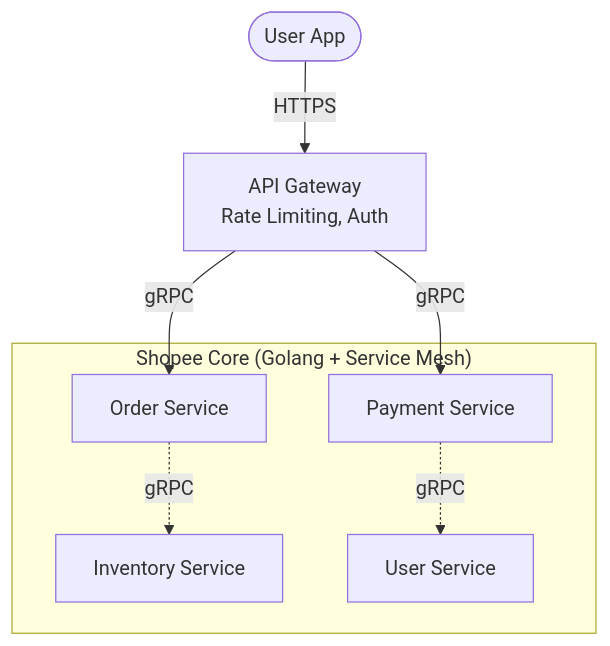
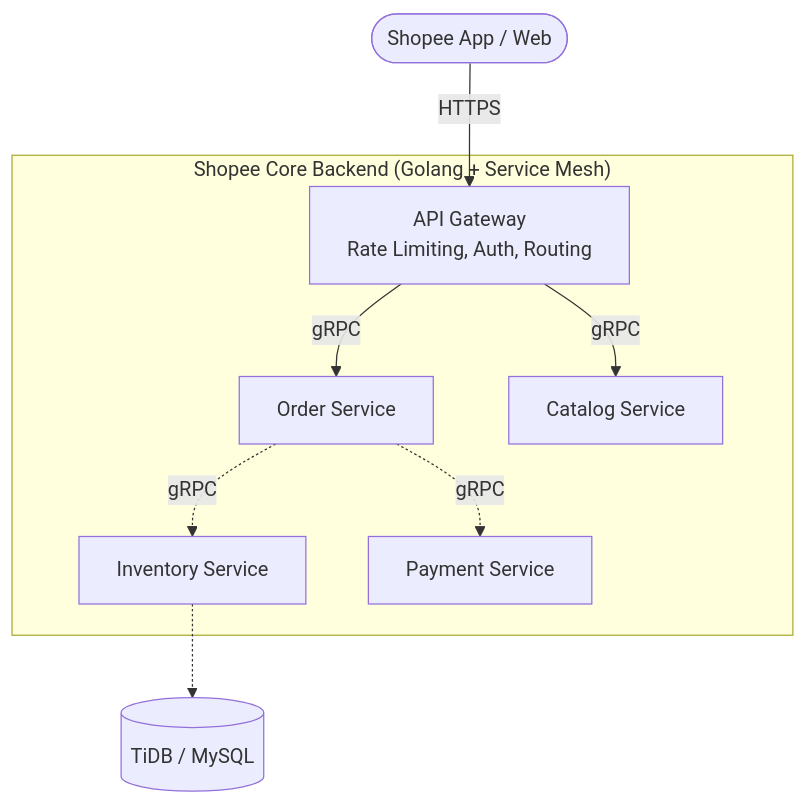
Before and after one commit to vesviet/vesviet: the diagram in content/series/shopee-architecture/01-microservices-foundation.md, drawn with Mermaid. The commit also changed other lines of this file and 21 other files, not shown here.

````diff
--- a/content/series/shopee-architecture/01-microservices-foundation.md
+++ b/content/series/shopee-architecture/01-microservices-foundation.md
@@ -32,15 +37,13 @@
 ```mermaid
 graph TD
-    User([User App]) -->|HTTPS| API_Gateway[API Gateway<br/>Rate Limiting, Auth]
-    API_Gateway -->|gRPC| OrderService[Order Service]
-    API_Gateway -->|gRPC| PaymentService[Payment Service]
-    OrderService -.->|gRPC| InventoryService[Inventory Service]
-    PaymentService -.->|gRPC| UserService[User Service]
+    User([Shopee App / Web]) -->|HTTPS| API_Gateway[API Gateway<br/>Rate Limiting, Auth, Routing]
     
-    subgraph "Shopee Core (Golang + Service Mesh)"
-        OrderService
-        PaymentService
-        InventoryService
-        UserService
+    subgraph "Shopee Core Backend (Golang + Service Mesh)"
+        API_Gateway -->|gRPC| OrderService[Order Service]
+        API_Gateway -->|gRPC| CatalogService[Catalog Service]
+        OrderService -.->|gRPC| InventoryService[Inventory Service]
+        OrderService -.->|gRPC| PaymentService[Payment Service]
     end
+    
+    InventoryService -.-> DB[(TiDB / MySQL)]
 ```
````
